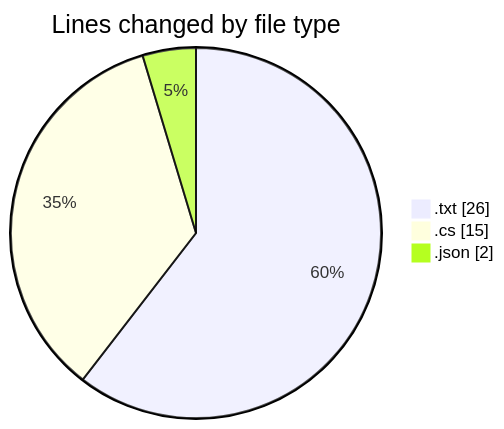
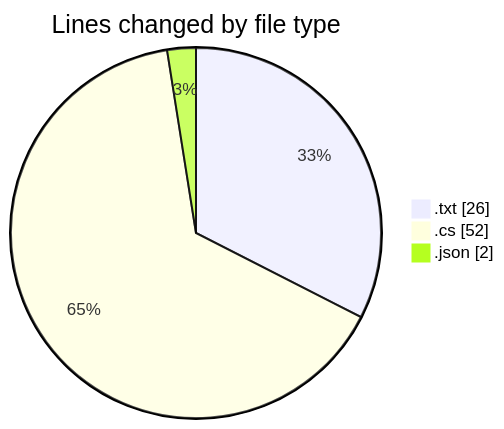
Before and after one commit to lephambinh05/code-tracking: the first of 2 diagrams in 2025-07-27/quanlyrapchieuphim-1/README.md, drawn with Mermaid. The commit also changed other lines of this file and 1 other file, not shown here.

````diff
--- a/2025-07-27/quanlyrapchieuphim-1/README.md
+++ b/2025-07-27/quanlyrapchieuphim-1/README.md
@@ -22,7 +23,7 @@
 ```mermaid
 pie showData
 title Lines changed by file type
 ".txt" : 26
-".cs" : 15
+".cs" : 52
 ".json" : 2
 ```
````
